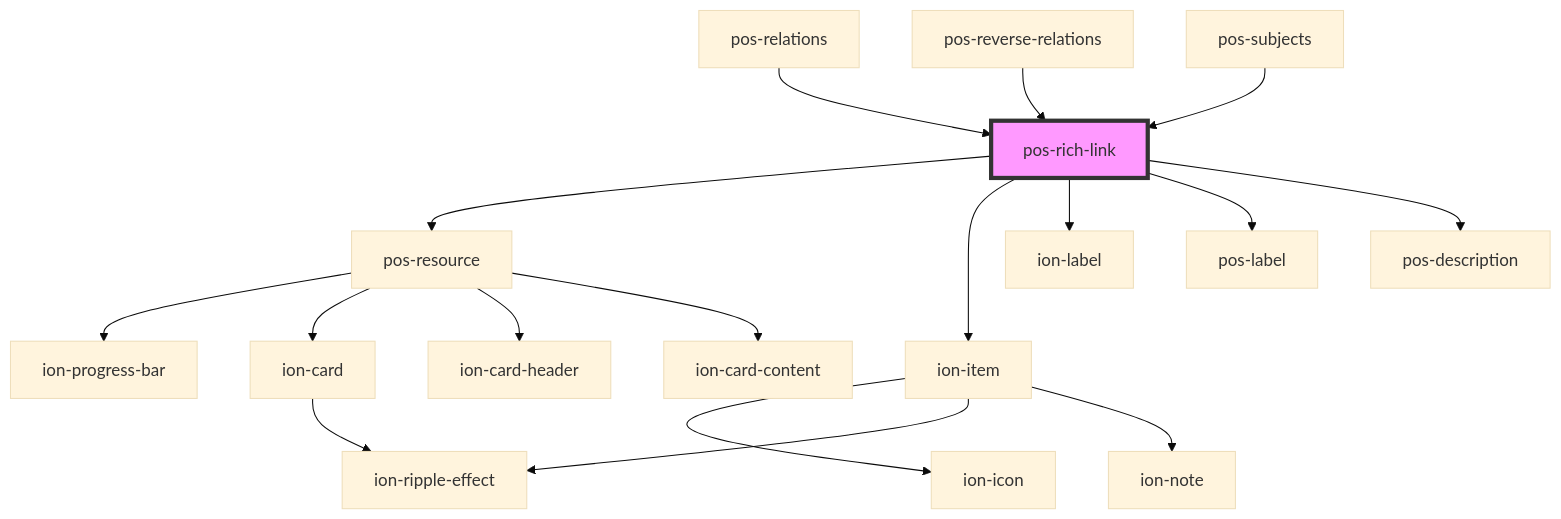
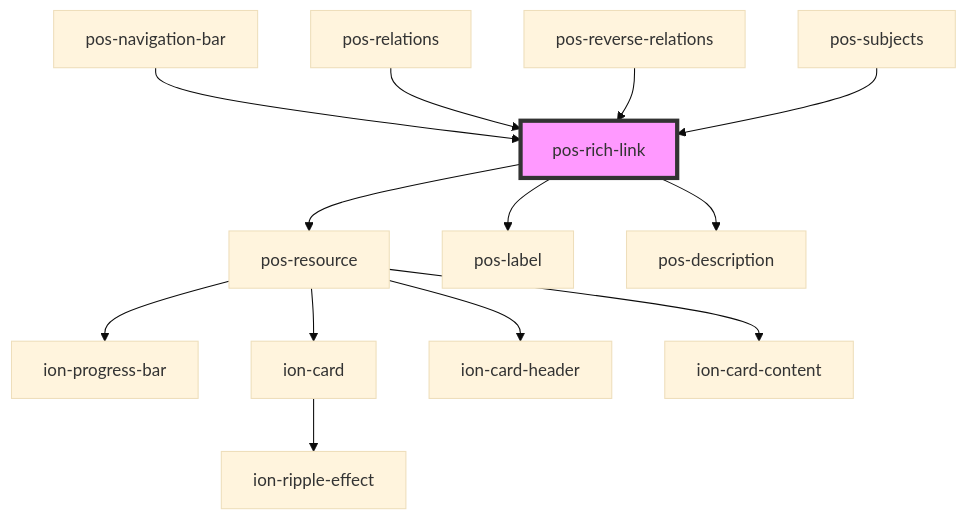
The diagram in docs/elements/components/pos-rich-link/readme.md (pod-os/PodOS), drawn with Mermaid (base theme) before and after one commit. The commit also changed other lines of this file and 12 other files, not shown here.

Commit message:
feat: remove ion from pos-rich-link; use pollen

````diff
--- a/docs/elements/components/pos-rich-link/readme.md
+++ b/docs/elements/components/pos-rich-link/readme.md
@@ -39,20 +38,16 @@
 ```mermaid
 graph TD;
   pos-rich-link --> pos-resource
-  pos-rich-link --> ion-item
-  pos-rich-link --> ion-label
   pos-rich-link --> pos-label
   pos-rich-link --> pos-description
   pos-resource --> ion-progress-bar
   pos-resource --> ion-card
   pos-resource --> ion-card-header
   pos-resource --> ion-card-content
   ion-card --> ion-ripple-effect
-  ion-item --> ion-icon
-  ion-item --> ion-ripple-effect
-  ion-item --> ion-note
+  pos-navigation-bar --> pos-rich-link
   pos-relations --> pos-rich-link
   pos-reverse-relations --> pos-rich-link
   pos-subjects --> pos-rich-link
   style pos-rich-link fill:#f9f,stroke:#333,stroke-width:4px
 ```
````
